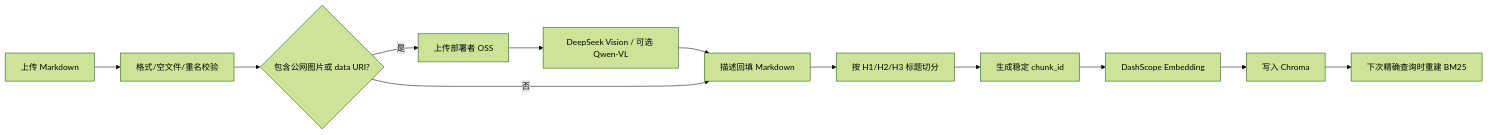
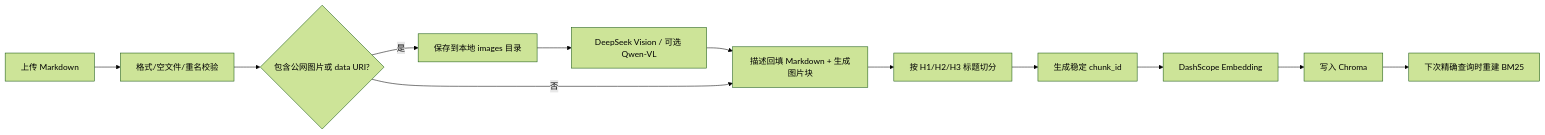
The second of 2 diagrams in README.md (yuyuyuoo55/Personal_Notes_Review_Assistant), drawn with Mermaid (forest theme) before and after one commit. The commit also changed other lines of this file and 17 other files, not shown here.

````diff
--- a/README.md
+++ b/README.md
@@ -61,14 +61,14 @@
 ```mermaid
 flowchart LR
     A[上传 Markdown] --> B[格式/空文件/重名校验]
     B --> IMG{包含公网图片或 data URI?}
-    IMG -->|是| OSS[上传部署者 OSS]
-    OSS --> VLM[DeepSeek Vision / 可选 Qwen-VL]
-    VLM --> C[描述回填 Markdown]
+    IMG -->|是| LOCAL[保存到本地 images 目录]
+    LOCAL --> VLM[DeepSeek Vision / 可选 Qwen-VL]
+    VLM --> C[描述回填 Markdown + 生成图片块]
     IMG -->|否| C
     C --> H[按 H1/H2/H3 标题切分]
     H --> D[生成稳定 chunk_id]
     D --> E[DashScope Embedding]
     E --> F[写入 Chroma]
     F --> G[下次精确查询时重建 BM25]
 ```
````
